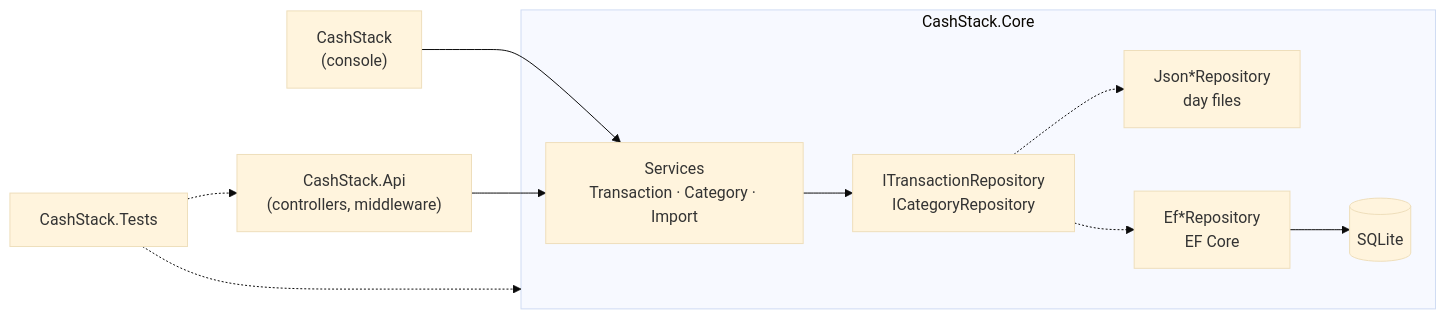
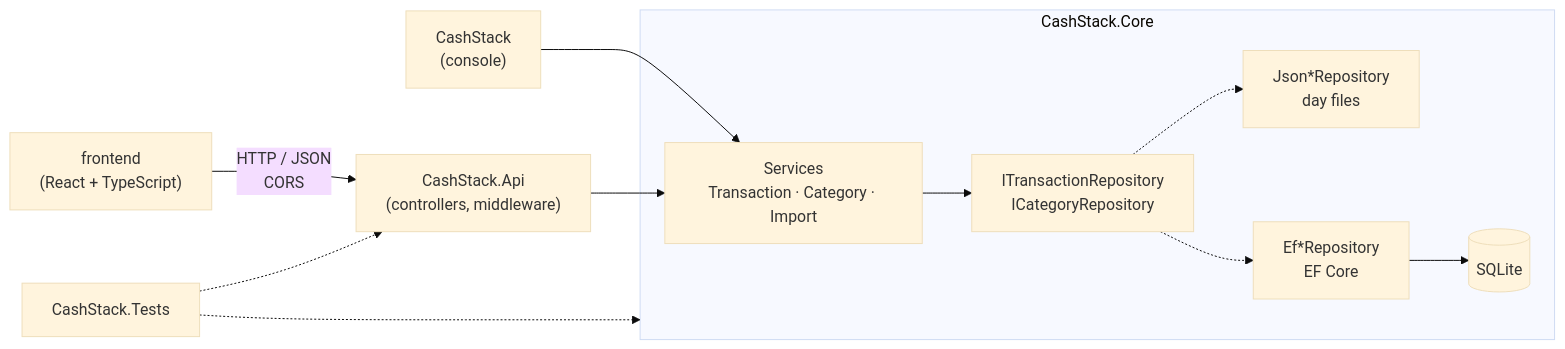
One commit to MonkeyDNaara/CashStack changed the diagram in README.md. Above: the diagram before and after it, drawn with Mermaid (base theme). The commit also changed other lines of this file and 4 other files, not shown here.

````diff
--- a/README.md
+++ b/README.md
@@ -230,13 +269,14 @@
 ```mermaid
 flowchart LR
+    Web["frontend<br/>(React + TypeScript)"] -- "HTTP / JSON<br/>CORS" --> Api
     Console["CashStack<br/>(console)"] --> Services
     Api["CashStack.Api<br/>(controllers, middleware)"] --> Services
     subgraph Core["CashStack.Core"]
         Services["Services<br/>Transaction · Category · Import"] --> Interfaces["ITransactionRepository<br/>ICategoryRepository"]
         Interfaces -.-> Json["Json*Repository<br/>day files"]
         Interfaces -.-> Ef["Ef*Repository<br/>EF Core"]
         Ef --> Db[("SQLite")]
     end
     Tests["CashStack.Tests"] -.-> Core
     Tests -.-> Api
 ```
````
